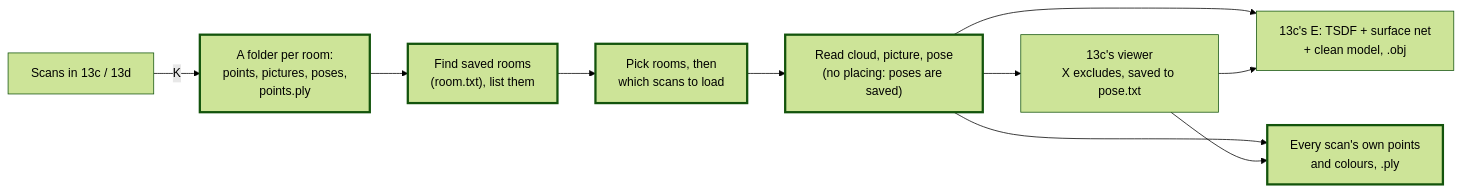
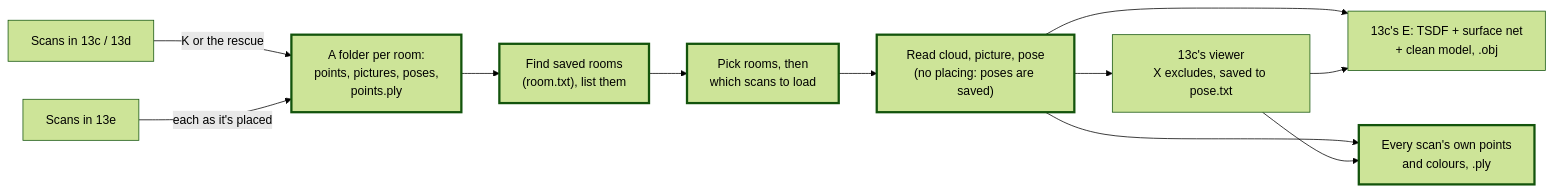
Before and after one commit to Kramav/Spotter: diagram 29 of 30 in exercises/cpp/EXAMPLES.md, drawn with Mermaid (forest theme). The commit also changed other lines of this file and 10 other files, not shown here.

````diff
--- a/exercises/cpp/EXAMPLES.md
+++ b/exercises/cpp/EXAMPLES.md
@@ -626,15 +669,16 @@
 ```mermaid
 flowchart LR
-    SC["Scans in 13c / 13d"] -->|K| FO["A folder per room:<br/>points, pictures, poses,<br/>points.ply"]
+    SC["Scans in 13c / 13d"] -->|K or the rescue| FO["A folder per room:<br/>points, pictures, poses,<br/>points.ply"]
+    SE["Scans in 13e"] -->|each as it's placed| FO
     FO --> FIND["Find saved rooms<br/>(room.txt), list them"]
     FIND --> PICK["Pick rooms, then<br/>which scans to load"]
     PICK --> LOAD["Read cloud, picture, pose<br/>(no placing: poses are saved)"]
     LOAD --> VIEW["13c's viewer<br/>X excludes, saved to pose.txt"]
     LOAD --> OBJ["13c's E: TSDF + surface net<br/>+ clean model, .obj"]
     LOAD --> PLY["Every scan's own points<br/>and colours, .ply"]
     VIEW --> OBJ
     VIEW --> PLY
 
     classDef new stroke-width:3px
     class FO,FIND,PICK,LOAD,PLY new
 ```
````
